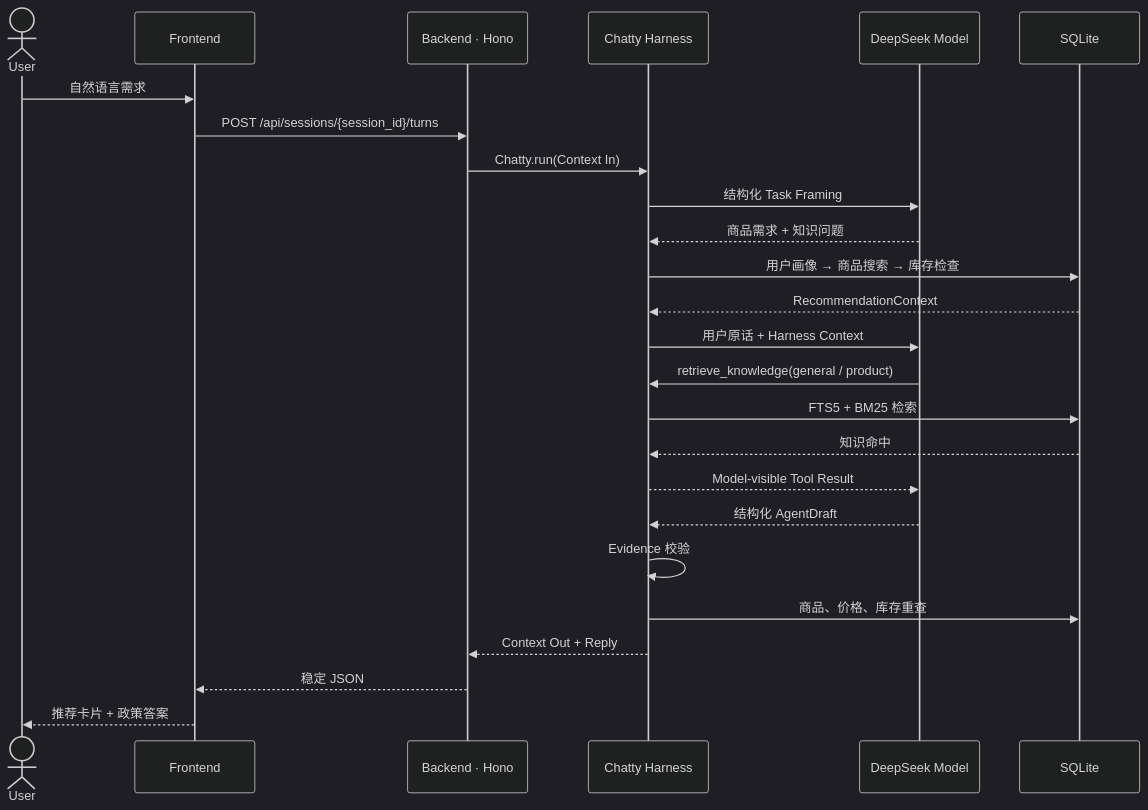
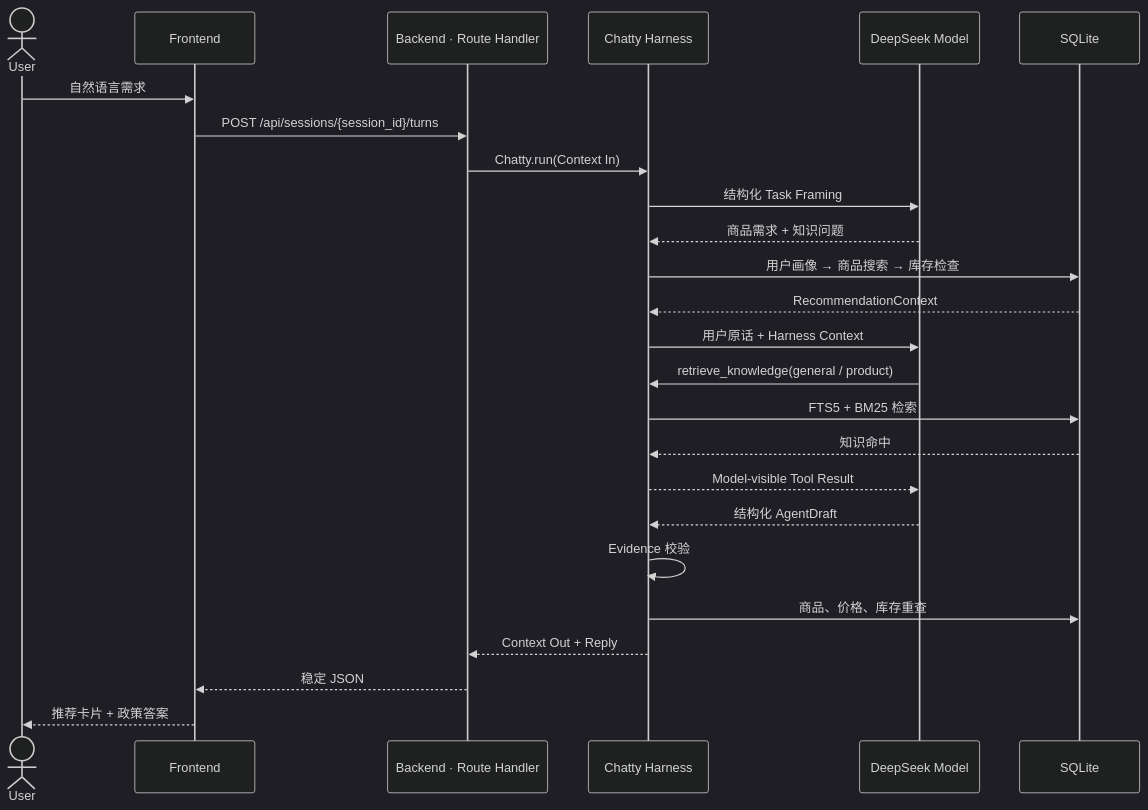
The diagram in docs/chatty-book/chapter2.md (ImWenyaoT/chatty), drawn with Mermaid (dark theme) before and after one commit. The commit also changed other lines of this file and 79 other files, not shown here.

````diff
--- a/docs/chatty-book/chapter2.md
+++ b/docs/chatty-book/chapter2.md
@@ -60,28 +60,28 @@
 ```mermaid
 sequenceDiagram
     actor U as User
     participant F as Frontend
-    participant A as Backend · Hono
+    participant A as Backend · Route Handler
     participant H as Chatty Harness
     participant M as DeepSeek Model
     participant D as SQLite
 
     U->>F: 自然语言需求
     F->>A: POST /api/sessions/{session_id}/turns
     A->>H: Chatty.run(Context In)
     H->>M: 结构化 Task Framing
     M-->>H: 商品需求 + 知识问题
     H->>D: 用户画像 → 商品搜索 → 库存检查
     D-->>H: RecommendationContext
     H->>M: 用户原话 + Harness Context
     M->>H: retrieve_knowledge(general / product)
     H->>D: FTS5 + BM25 检索
     D-->>H: 知识命中
     H-->>M: Model-visible Tool Result
     M-->>H: 结构化 AgentDraft
     H->>H: Evidence 校验
     H->>D: 商品、价格、库存重查
     H-->>A: Context Out + Reply
     A-->>F: 稳定 JSON
     F-->>U: 推荐卡片 + 政策答案
 ```
````
